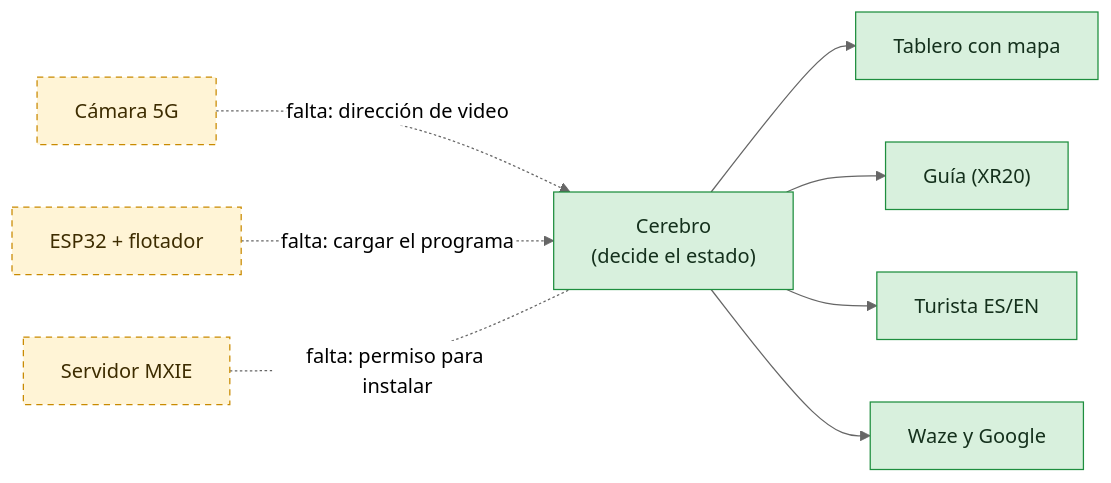
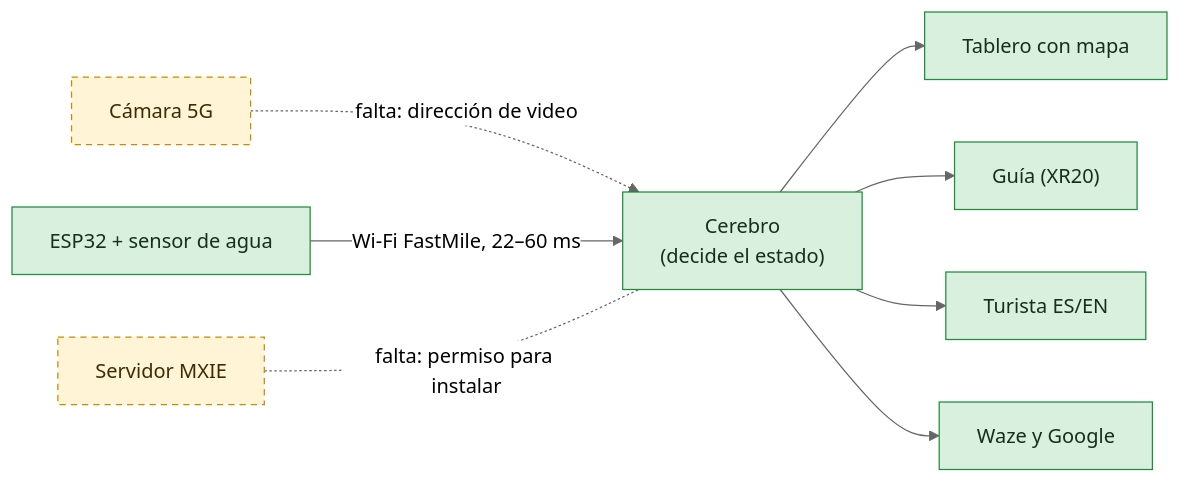
One commit to cora5g-grupo6/paso-seguro-5g changed the diagram in ESTADO.md. Above: the diagram before and after it, drawn with Mermaid (neutral theme). The commit also changed other lines of this file and 37 other files, not shown here.

````diff
--- a/ESTADO.md
+++ b/ESTADO.md
@@ -11,14 +11,14 @@
 ```mermaid
 flowchart LR
   CAM["Cámara 5G"] -. "falta: dirección de video" .-> CER
-  ESP["ESP32 + flotador"] -. "falta: cargar el programa" .-> CER
+  ESP["ESP32 + sensor de agua"] -- "Wi-Fi FastMile, 22–60 ms" --> CER
   MXIE["Servidor MXIE"] -. "falta: permiso para instalar" .- CER
   CER["Cerebro<br/>(decide el estado)"] --> TAB["Tablero con mapa"]
   CER --> GUIA["Guía (XR20)"]
   CER --> TUR["Turista ES/EN"]
   CER --> MAP["Waze y Google"]
   classDef listo fill:#d8f0dd,stroke:#1e8e3e,color:#14301c
   classDef falta fill:#fff4d6,stroke:#c98a00,color:#3d2c00,stroke-dasharray:5 4
-  class CER,TAB,GUIA,TUR,MAP listo
-  class CAM,ESP,MXIE falta
+  class CER,TAB,GUIA,TUR,MAP,ESP listo
+  class CAM,MXIE falta
 ```
````
